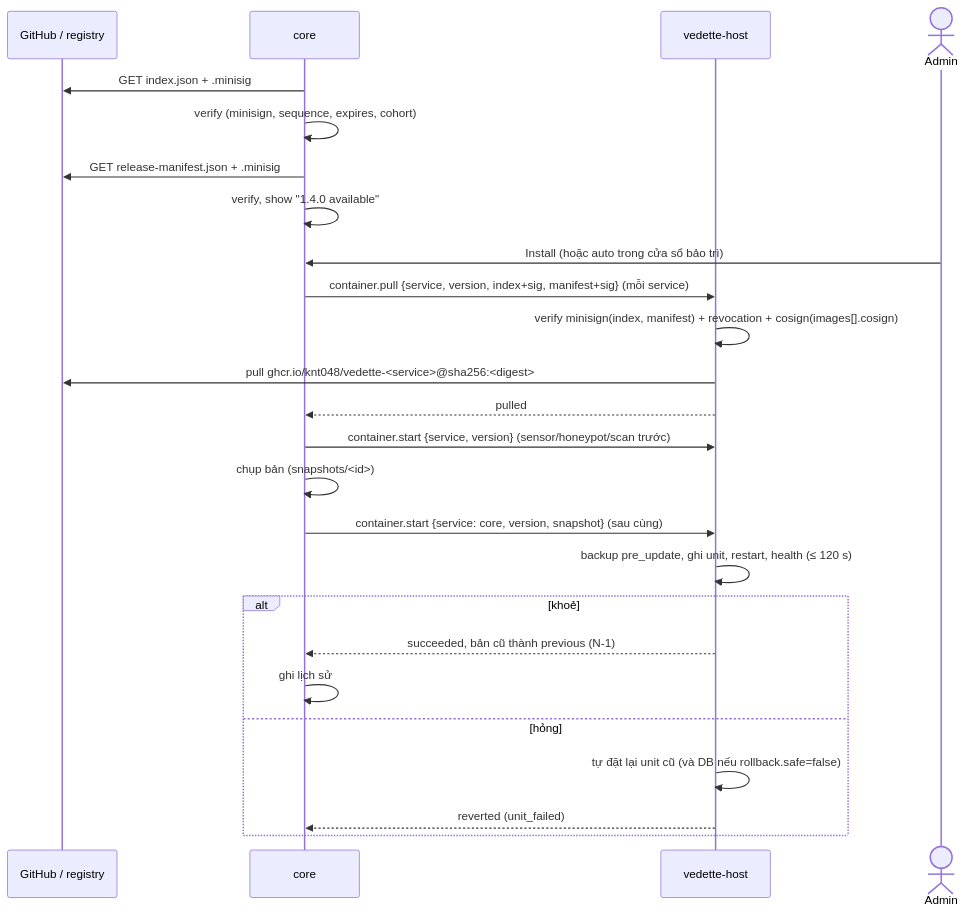
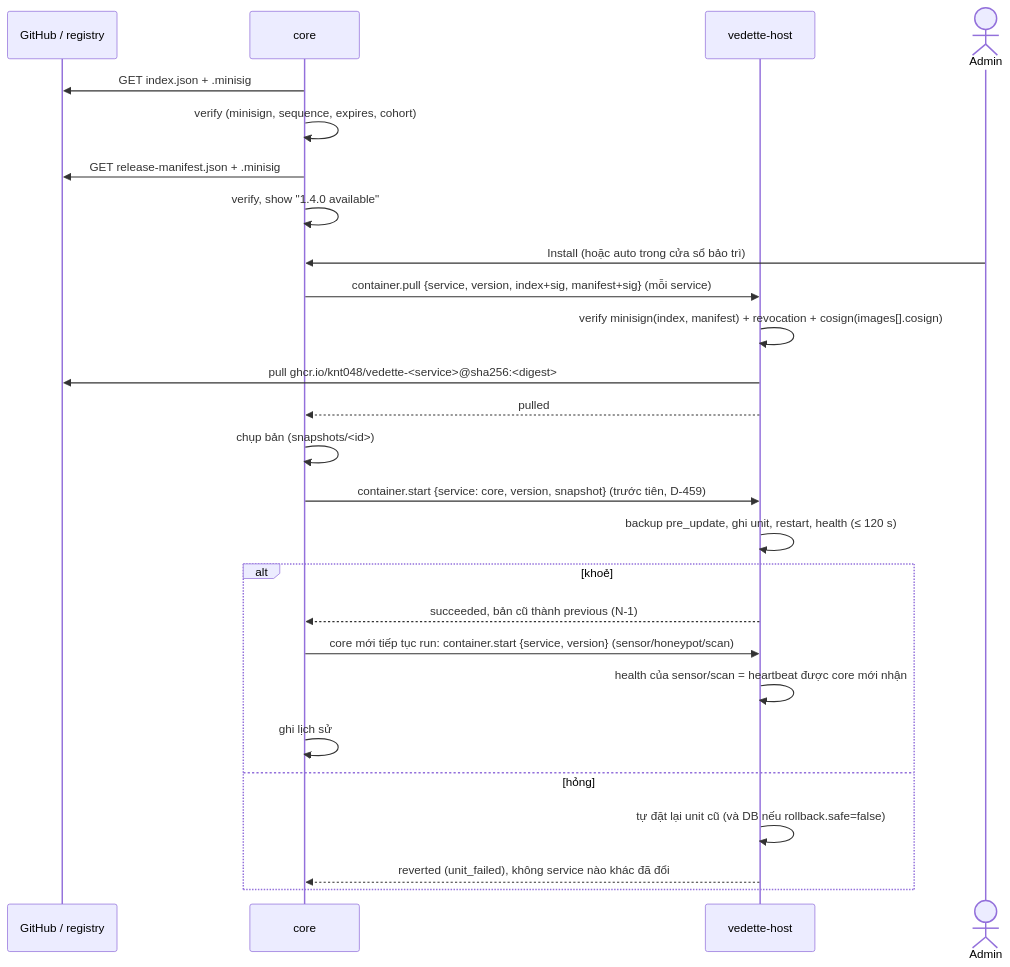
The diagram in docs/specs/update-manifest.md (KNT048/vedette), drawn with Mermaid before and after one commit. The commit also changed other lines of this file and 27 other files, not shown here.

Commit message:
fix: a software update crosses a sensor protocol bump: core switches first, core takes protocol N and N-1 (D-459)

````diff
--- a/docs/specs/update-manifest.md
+++ b/docs/specs/update-manifest.md
@@ -142,27 +142,28 @@
 ```mermaid
 sequenceDiagram
     participant G as GitHub / registry
     participant C as core
     participant H as vedette-host
     actor A as Admin
     C->>G: GET index.json + .minisig
     C->>C: verify (minisign, sequence, expires, cohort)
     C->>G: GET release-manifest.json + .minisig
     C->>C: verify, show "1.4.0 available"
     A->>C: Install (hoặc auto trong cửa sổ bảo trì)
     C->>H: container.pull {service, version, index+sig, manifest+sig}  (mỗi service)
     H->>H: verify minisign(index, manifest) + revocation + cosign(images[].cosign)
     H->>G: pull ghcr.io/knt048/vedette-<service>@sha256:<digest>
     H-->>C: pulled
-    C->>H: container.start {service, version} (sensor/honeypot/scan trước)
     C->>C: chụp bản (snapshots/<id>)
-    C->>H: container.start {service: core, version, snapshot} (sau cùng)
+    C->>H: container.start {service: core, version, snapshot} (trước tiên, D-459)
     H->>H: backup pre_update, ghi unit, restart, health (≤ 120 s)
     alt khoẻ
         H-->>C: succeeded, bản cũ thành previous (N-1)
+        C->>H: core mới tiếp tục run: container.start {service, version} (sensor/honeypot/scan)
+        H->>H: health của sensor/scan = heartbeat được core mới nhận
         C->>C: ghi lịch sử
     else hỏng
         H->>H: tự đặt lại unit cũ (và DB nếu rollback.safe=false)
-        H-->>C: reverted (unit_failed)
+        H-->>C: reverted (unit_failed), không service nào khác đã đổi
     end
 ```
````
